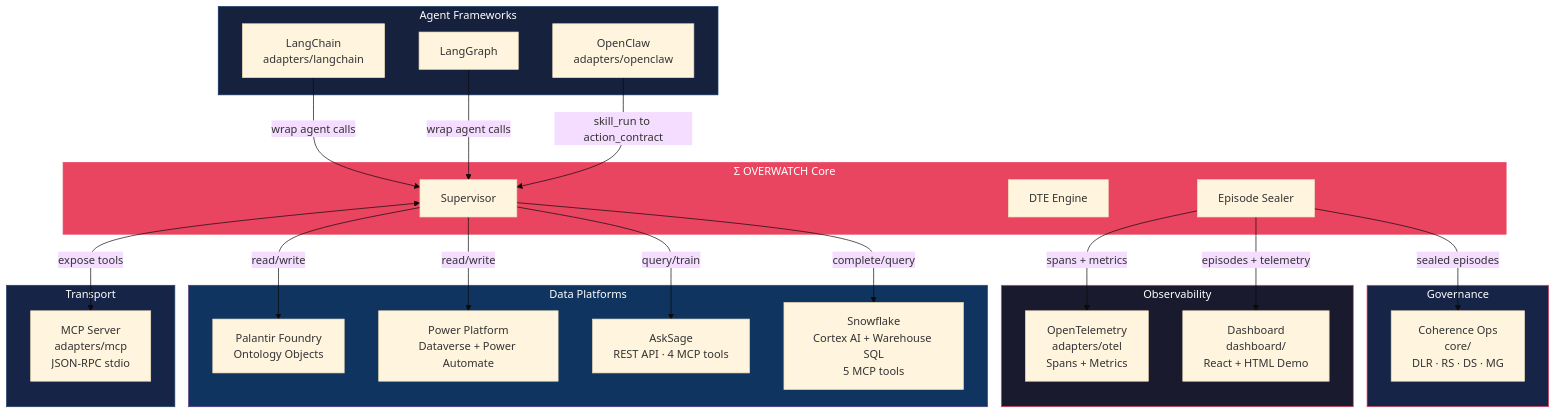
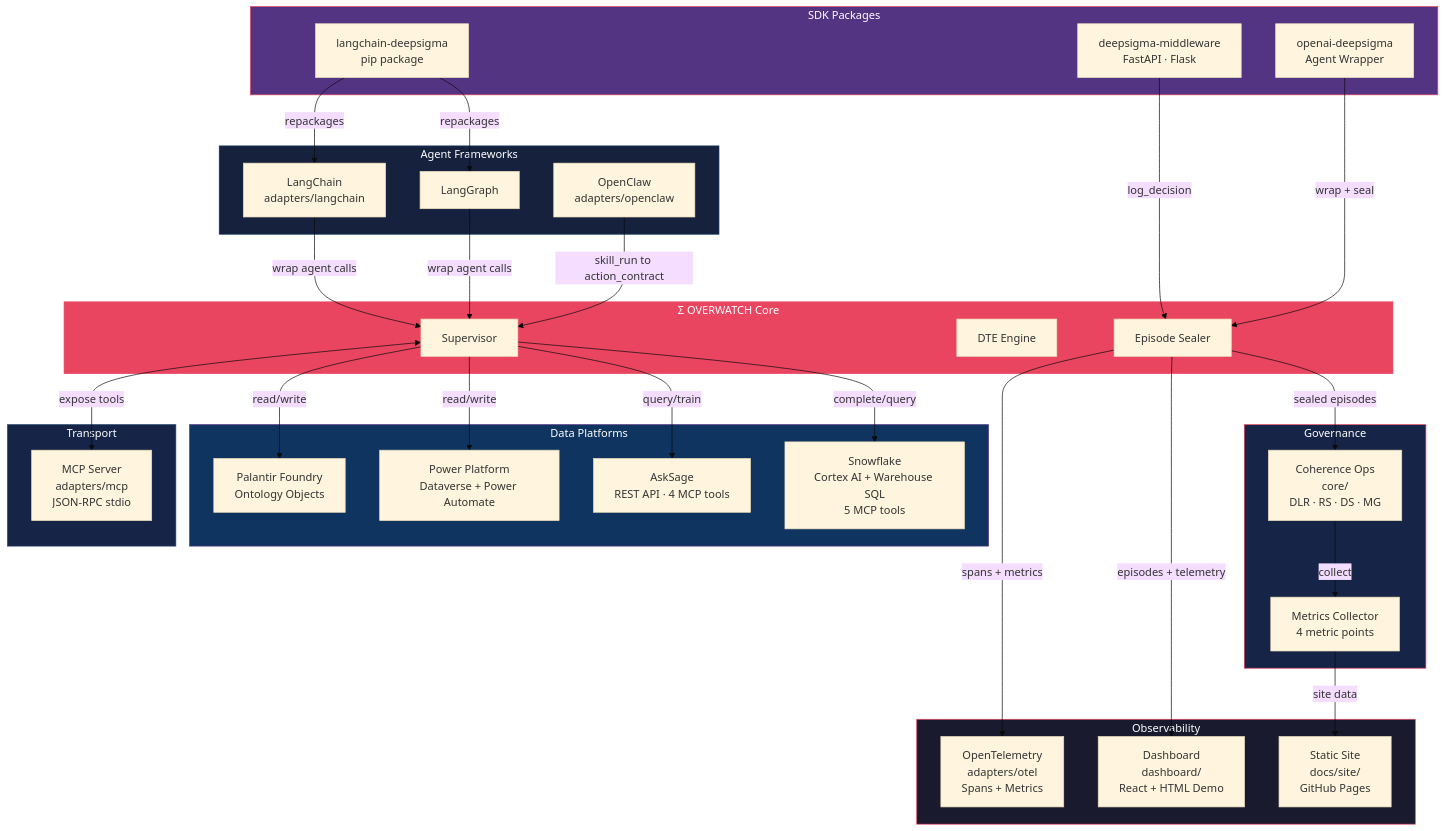
Before and after one commit to 8ryanWh1t3/DeepSigma: the first of 2 diagrams in enterprise/docs/mermaid/10-integration-map.md, drawn with Mermaid (base theme). The commit also changed 14 other files, not shown here.

First line of the commit message:
docs: update feature catalog, FAQ, wiki, and mermaid for phases 1-3

````diff
--- a/enterprise/docs/mermaid/10-integration-map.md
+++ b/enterprise/docs/mermaid/10-integration-map.md
@@ -5,57 +5,73 @@
 ```mermaid
 graph TB
     subgraph Core["Σ OVERWATCH Core"]
         SUP[Supervisor]
         DTE[DTE Engine]
         SEAL[Episode Sealer]
+    end
+
+    subgraph SDKPackages["SDK Packages"]
+        LCPKG[langchain-deepsigma<br/>pip package]
+        MWPKG[deepsigma-middleware<br/>FastAPI · Flask]
+        OAIPKG[openai-deepsigma<br/>Agent Wrapper]
     end
 
     subgraph AgentFrameworks["Agent Frameworks"]
         LC[LangChain<br/>adapters/langchain]
         LG[LangGraph]
         OCLAW[OpenClaw<br/>adapters/openclaw]
     end
 
     subgraph Transport["Transport"]
         MCPS[MCP Server<br/>adapters/mcp<br/>JSON-RPC stdio]
     end
 
     subgraph Observability["Observability"]
         OTEL[OpenTelemetry<br/>adapters/otel<br/>Spans + Metrics]
         DASH[Dashboard<br/>dashboard/<br/>React + HTML Demo]
+        SITE[Static Site<br/>docs/site/<br/>GitHub Pages]
     end
 
     subgraph DataPlatforms["Data Platforms"]
         FOUNDRY[Palantir Foundry<br/>Ontology Objects]
         POWER[Power Platform<br/>Dataverse + Power Automate]
         SAGE[AskSage<br/>REST API · 4 MCP tools]
         SNOW[Snowflake<br/>Cortex AI + Warehouse SQL<br/>5 MCP tools]
     end
 
     subgraph Governance["Governance"]
         COHOPS[Coherence Ops<br/>core/<br/>DLR · RS · DS · MG]
+        METRICS[Metrics Collector<br/>4 metric points]
     end
 
     LC -->|wrap agent calls| SUP
     LG -->|wrap agent calls| SUP
     OCLAW -->|skill_run to action_contract| SUP
 
+    LCPKG -->|repackages| LC
+    LCPKG -->|repackages| LG
+    MWPKG -->|log_decision| SEAL
+    OAIPKG -->|wrap + seal| SEAL
+
     SUP <-->|expose tools| MCPS
 
     SEAL -->|spans + metrics| OTEL
     SEAL -->|episodes + telemetry| DASH
+    METRICS -->|site data| SITE
 
     SUP -->|read/write| FOUNDRY
     SUP -->|read/write| POWER
     SUP -->|query/train| SAGE
     SUP -->|complete/query| SNOW
 
     SEAL -->|sealed episodes| COHOPS
+    COHOPS -->|collect| METRICS
 
     style Core fill:#e94560,stroke:#e94560,color:#fff
+    style SDKPackages fill:#533483,stroke:#e94560,color:#fff
     style AgentFrameworks fill:#16213e,stroke:#0f3460,color:#fff
     style Transport fill:#162447,stroke:#1f4068,color:#fff
     style Observability fill:#1a1a2e,stroke:#e94560,color:#fff
     style DataPlatforms fill:#0f3460,stroke:#533483,color:#fff
     style Governance fill:#162447,stroke:#e94560,color:#fff
 ```
````
